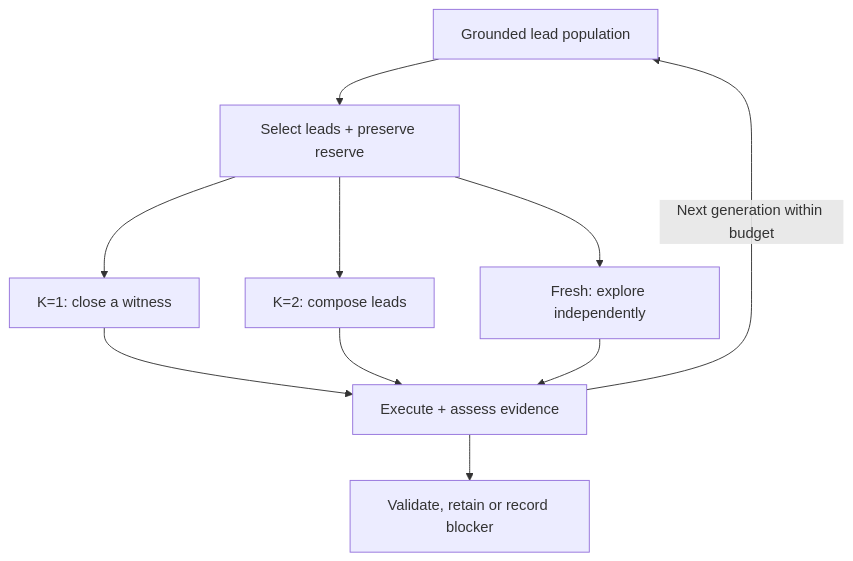
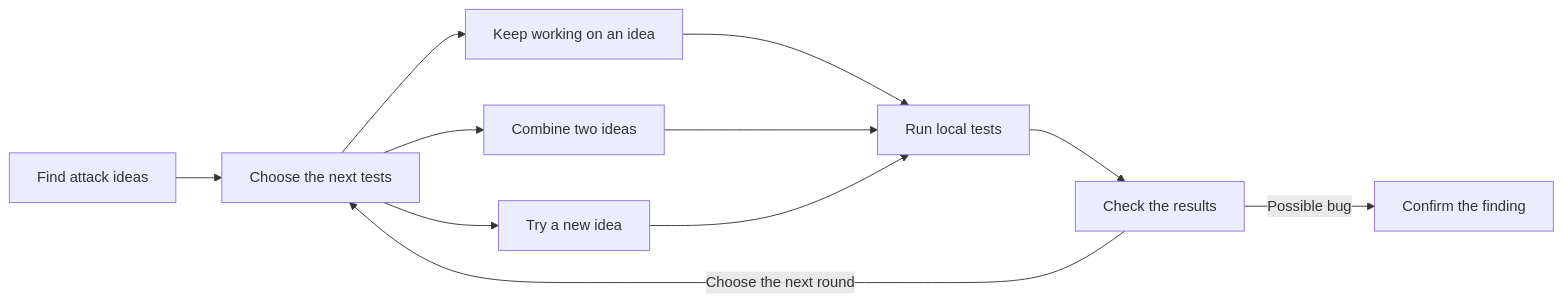
Before and after one commit to GambitPlayer90/A1X: the diagram in docs/diagrams/test-time-scaling-rsa.mmd, drawn with Mermaid. The commit also changed 5 other files, not shown here.

Commit message:
docs: simplify scaling diagram and arrange flow left to right

```diff
--- a/docs/diagrams/test-time-scaling-rsa.mmd
+++ b/docs/diagrams/test-time-scaling-rsa.mmd
@@ -1,10 +1,11 @@
-flowchart TD
-    population["Grounded lead population"] --> selection["Select leads + preserve reserve"]
-    selection --> closure["K=1: close a witness"]
-    selection --> composition["K=2: compose leads"]
-    selection --> fresh["Fresh: explore independently"]
-    closure --> assess["Execute + assess evidence"]
-    composition --> assess
-    fresh --> assess
-    assess -->|"Next generation within budget"| population
-    assess --> result["Validate, retain or record blocker"]
+flowchart LR
+    ideas["Find attack ideas"] --> selection["Choose the next tests"]
+    selection --> closure["Keep working on an idea"]
+    selection --> composition["Combine two ideas"]
+    selection --> fresh["Try a new idea"]
+    closure --> test["Run local tests"]
+    composition --> test
+    fresh --> test
+    test --> result["Check the results"]
+    result -->|"Choose the next round"| selection
+    result -->|"Possible bug"| confirmation["Confirm the finding"]
```
